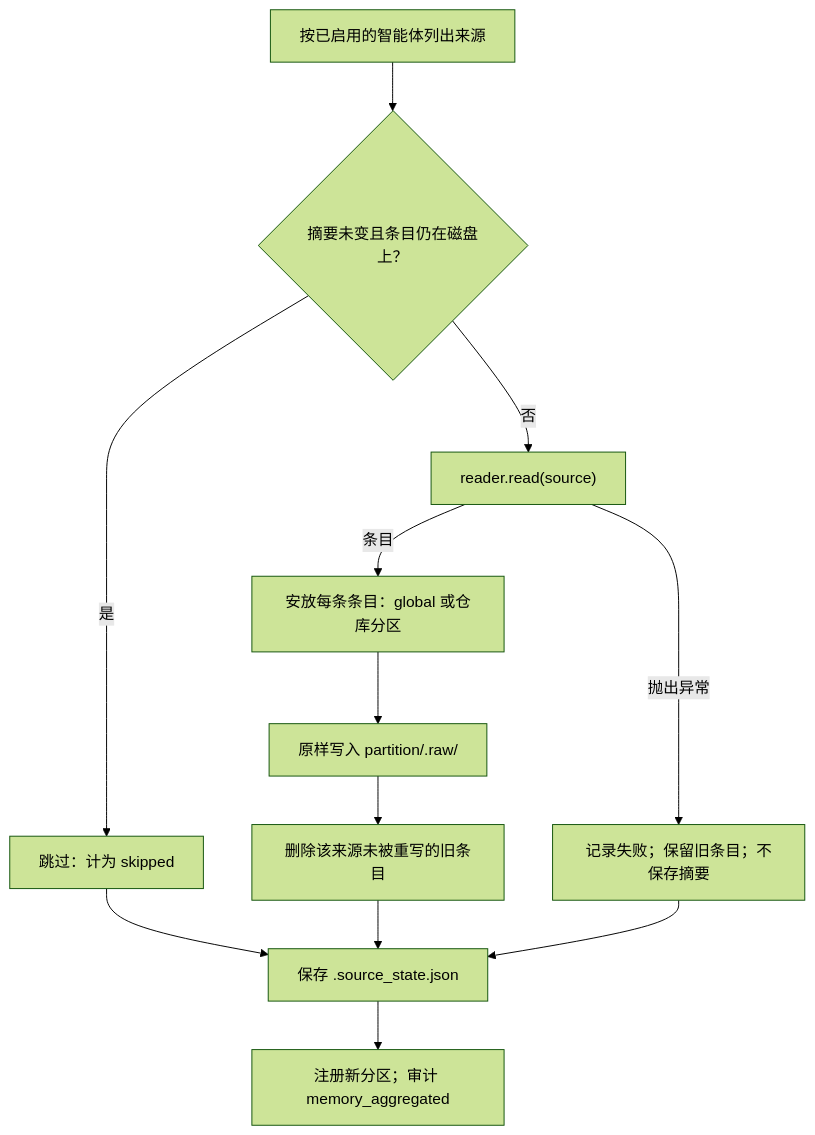
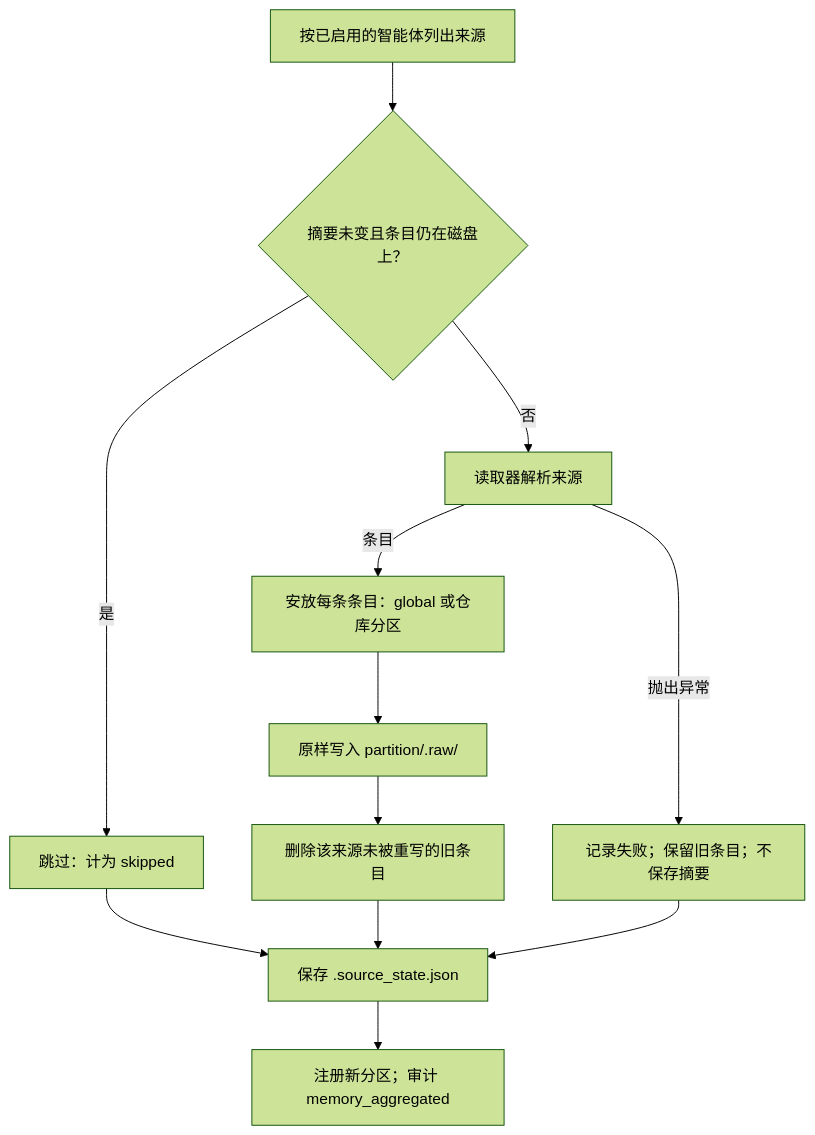
One commit to wyx-sg/Coffer changed the first of 4 diagrams in docs-site/zh/architecture/memory.md. Above: the diagram before and after it, drawn with Mermaid (forest theme). The commit also changed other lines of this file and 29 other files, not shown here.

First line of the commit message:
docs(site): explain the architecture in plain terms, without source detail

````diff
--- a/docs-site/zh/architecture/memory.md
+++ b/docs-site/zh/architecture/memory.md
@@ -122,14 +122,14 @@
 ```mermaid
 flowchart TD
   A["按已启用的智能体列出来源"] --> B{"摘要未变且条目仍在磁盘上？"}
   B -- 是 --> S["跳过：计为 skipped"]
-  B -- 否 --> R["reader.read(source)"]
+  B -- 否 --> R["读取器解析来源"]
   R -- 抛出异常 --> F["记录失败；保留旧条目；不保存摘要"]
   R -- 条目 --> P["安放每条条目：global 或仓库分区"]
   P --> W["原样写入 partition/.raw/"]
   W --> D["删除该来源未被重写的旧条目"]
   S --> X["保存 .source_state.json"]
   D --> X
   F --> X
   X --> Y["注册新分区；审计 memory_aggregated"]
 ```
````
